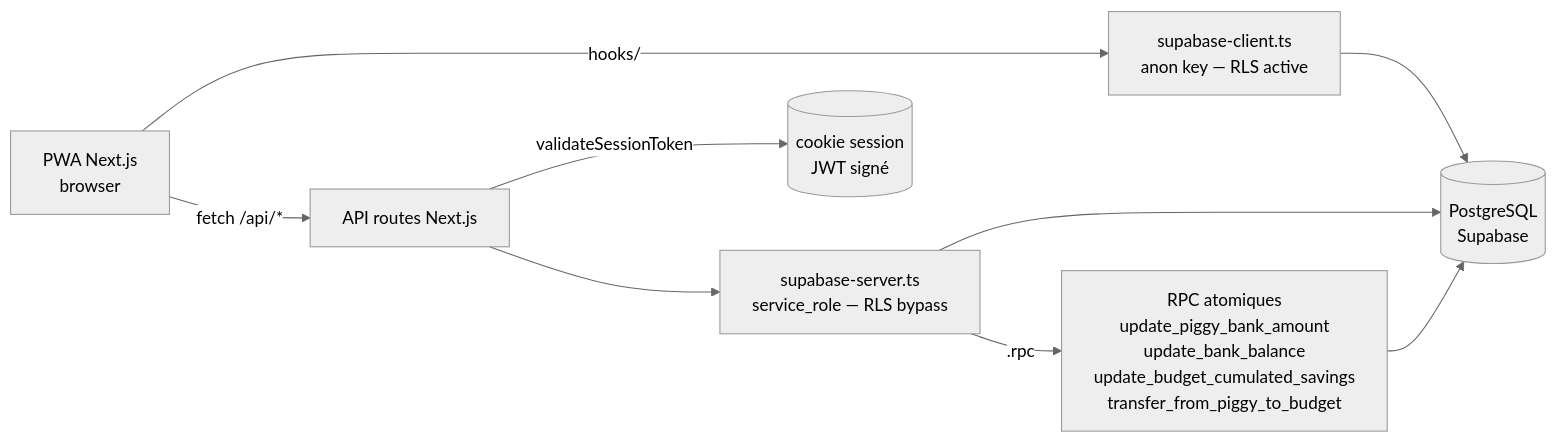
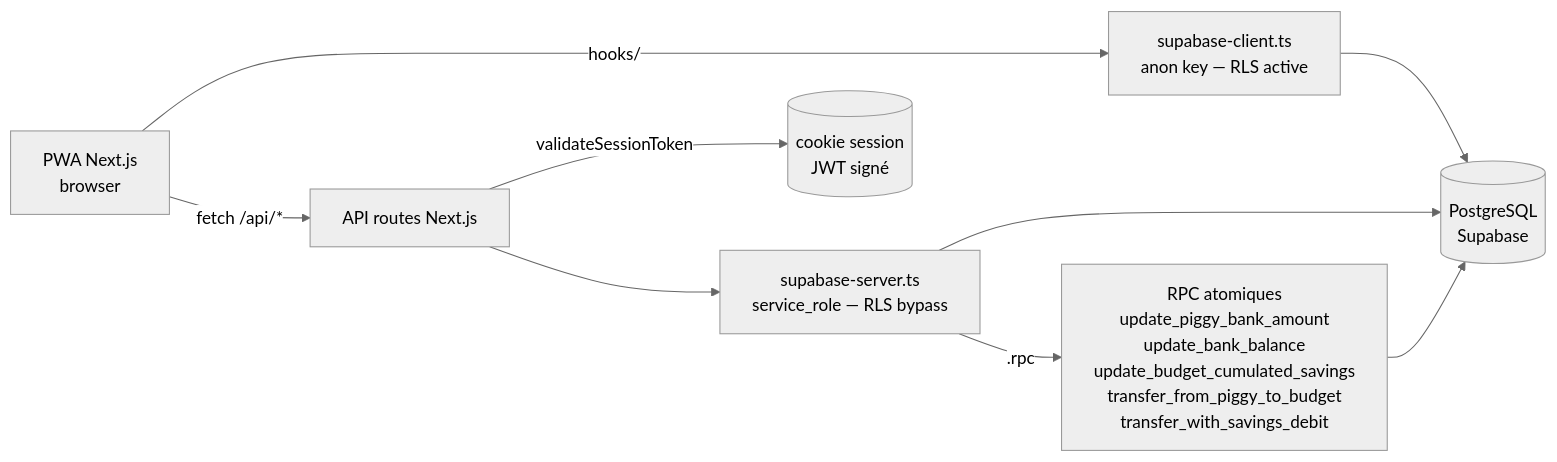
One commit to PothieuG/popoth changed the first of 2 diagrams in README.md. Above: the diagram before and after it, drawn with Mermaid (neutral theme). The commit also changed other lines of this file and 4 other files, not shown here.

````diff
--- a/README.md
+++ b/README.md
@@ -248,19 +249,19 @@
 ```mermaid
 flowchart LR
     Browser[PWA Next.js<br/>browser]
     Server[API routes Next.js]
     JWT[(cookie session<br/>JWT signé)]
     AnonClient[supabase-client.ts<br/>anon key — RLS active]
     ServerClient[supabase-server.ts<br/>service_role — RLS bypass]
-    RPC[RPC atomiques<br/>update_piggy_bank_amount<br/>update_bank_balance<br/>update_budget_cumulated_savings<br/>transfer_from_piggy_to_budget]
+    RPC[RPC atomiques<br/>update_piggy_bank_amount<br/>update_bank_balance<br/>update_budget_cumulated_savings<br/>transfer_from_piggy_to_budget<br/>transfer_with_savings_debit]
     DB[(PostgreSQL<br/>Supabase)]
 
     Browser -->|hooks/| AnonClient
     Browser -->|fetch /api/*| Server
     Server -->|validateSessionToken| JWT
     Server --> ServerClient
     AnonClient --> DB
     ServerClient --> DB
     ServerClient -->|.rpc| RPC
     RPC --> DB
 ```
````
